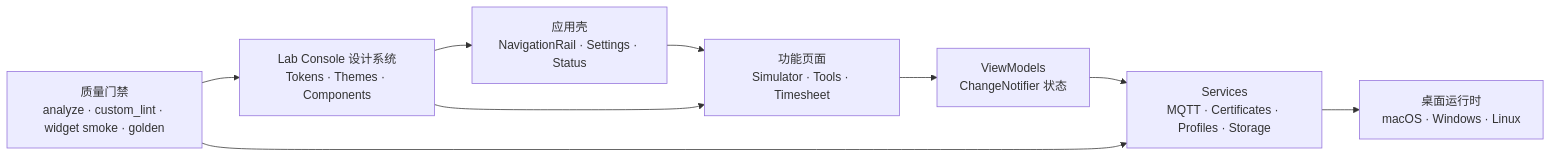
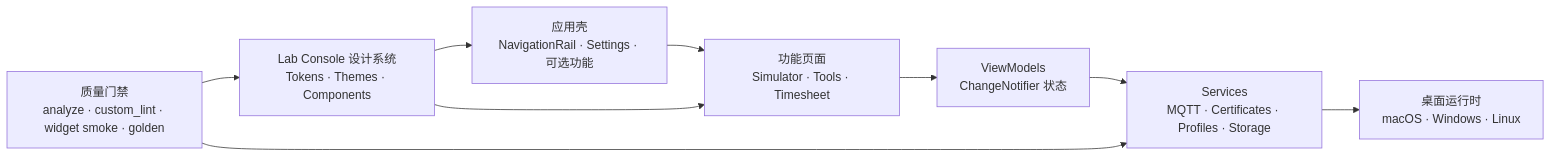
One commit to bcblr1993/iot_devkit_flutter changed the diagram in README_CN.md. Above: the diagram before and after it, drawn with Mermaid. The commit also changed other lines of this file and 25 other files, not shown here.

````diff
--- a/README_CN.md
+++ b/README_CN.md
@@ -85,11 +86,11 @@
 ```mermaid
 flowchart LR
-  Shell["应用壳\nNavigationRail · Settings · Status"] --> Screens["功能页面\nSimulator · Tools · Timesheet"]
+  Shell["应用壳\nNavigationRail · Settings · 可选功能"] --> Screens["功能页面\nSimulator · Tools · Timesheet"]
   Screens --> ViewModels["ViewModels\nChangeNotifier 状态"]
   ViewModels --> Services["Services\nMQTT · Certificates · Profiles · Storage"]
   Services --> Runtime["桌面运行时\nmacOS · Windows · Linux"]
   Design["Lab Console 设计系统\nTokens · Themes · Components"] --> Shell
   Design --> Screens
   Tests["质量门禁\nanalyze · custom_lint · widget smoke · golden"] --> Design
   Tests --> Services
 ```
````
